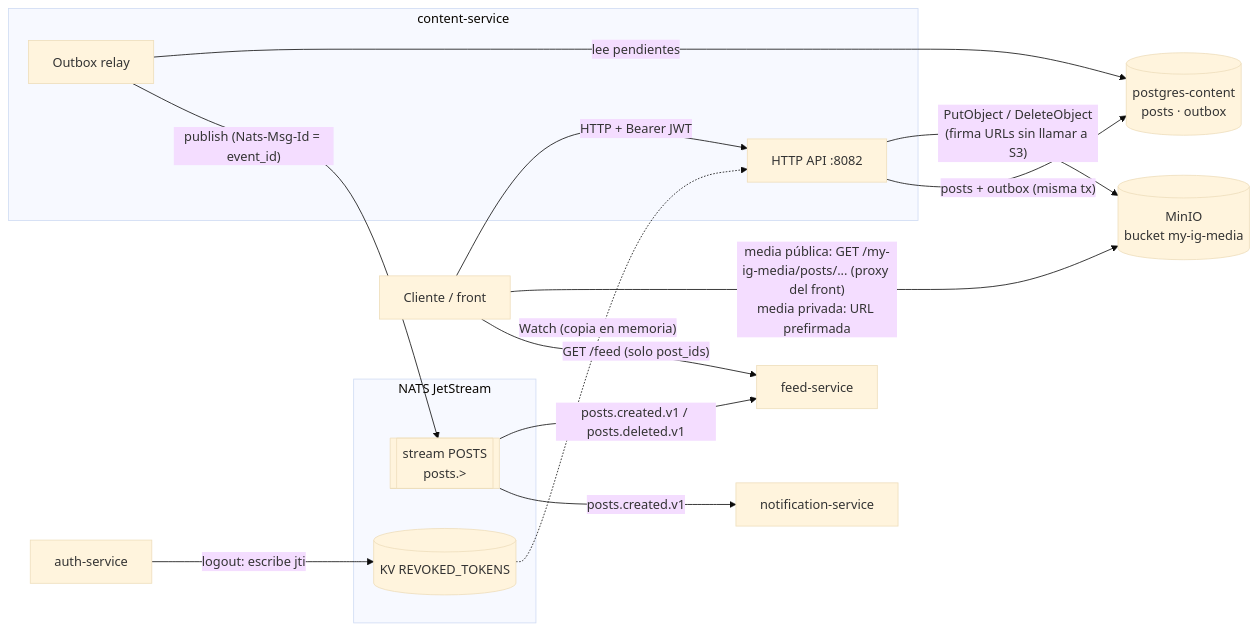
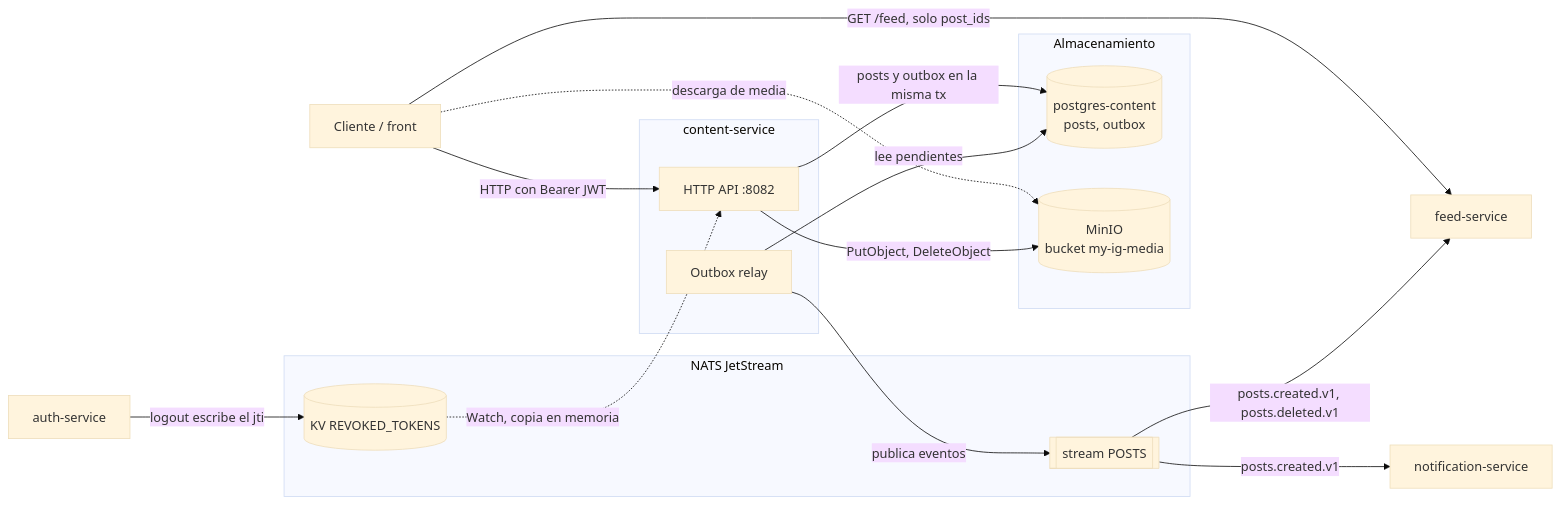
Before and after one commit to juantevez/go-feed: the first of 5 diagrams in docs/technical/CONTENT.md, drawn with Mermaid (base theme). The commit also changed other lines of this file and 1 other file, not shown here.

Commit message:
docs: fix mermaid diagrams in AUTH and CONTENT
- sequence diagrams: Mermaid treats ';' as a line break, so
  "BEGIN; INSERT ...; COMMIT" broke the login/refresh flow in AUTH.md and
  the create/delete flows in CONTENT.md. Split into one message per
  statement
- CONTENT.md flowchart and state diagram rewritten with syntax older
  Mermaid versions accept (|label| edges, subgraph ids without hyphens,
  no parentheses/<br/> in edge labels); the flowchart layout is cleaner

Verified rendering with Mermaid 9.4, 10.9 and 11.4.

````diff
--- a/docs/technical/CONTENT.md
+++ b/docs/technical/CONTENT.md
@@ -25,33 +25,35 @@
 ```mermaid
 flowchart LR
     C["Cliente / front"]
 
-    subgraph content-service
+    subgraph CS [content-service]
         H["HTTP API :8082"]
-        R[Outbox relay]
+        R["Outbox relay"]
     end
 
-    PG[("postgres-content<br/>posts · outbox")]
-    S3[("MinIO<br/>bucket my-ig-media")]
+    subgraph STORE [Almacenamiento]
+        PG[("postgres-content<br/>posts, outbox")]
+        S3[("MinIO<br/>bucket my-ig-media")]
+    end
 
-    subgraph NATS JetStream
-        ST[["stream POSTS<br/>posts.&gt;"]]
+    subgraph NATS [NATS JetStream]
+        ST[["stream POSTS"]]
         KV[("KV REVOKED_TOKENS")]
     end
 
-    A[auth-service]
-    F[feed-service]
-    N[notification-service]
+    A["auth-service"]
+    F["feed-service"]
+    N["notification-service"]
 
-    C -- "HTTP + Bearer JWT" --> H
-    C -- "media pública: GET /my-ig-media/posts/... (proxy del front)<br/>media privada: URL prefirmada" --> S3
-    H -- "PutObject / DeleteObject<br/>(firma URLs sin llamar a S3)" --> S3
-    H -- "posts + outbox (misma tx)" --> PG
-    R -- "lee pendientes" --> PG
-    R -- "publish (Nats-Msg-Id = event_id)" --> ST
-    A -- "logout: escribe jti" --> KV
-    KV -. "Watch (copia en memoria)" .-> H
-    ST -- "posts.created.v1 / posts.deleted.v1" --> F
-    ST -- "posts.created.v1" --> N
-    C -- "GET /feed (solo post_ids)" --> F
+    C -->|HTTP con Bearer JWT| H
+    C -->|GET /feed, solo post_ids| F
+    C -.->|descarga de media| S3
+    H -->|posts y outbox en la misma tx| PG
+    H -->|PutObject, DeleteObject| S3
+    R -->|lee pendientes| PG
+    R -->|publica eventos| ST
+    A -->|logout escribe el jti| KV
+    KV -.->|Watch, copia en memoria| H
+    ST -->|posts.created.v1, posts.deleted.v1| F
+    ST -->|posts.created.v1| N
 ```
````
